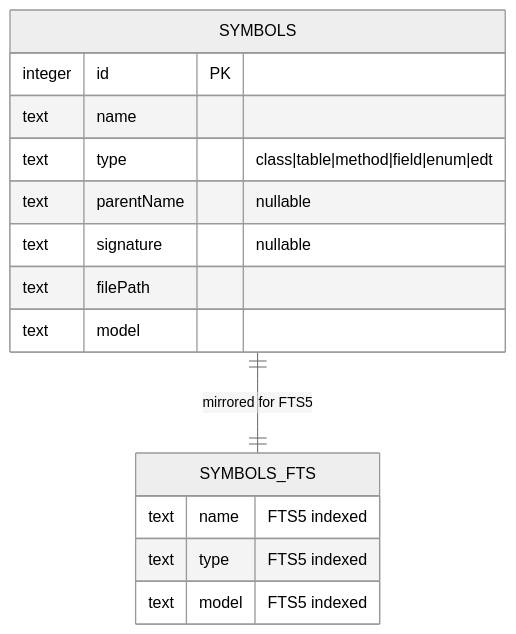
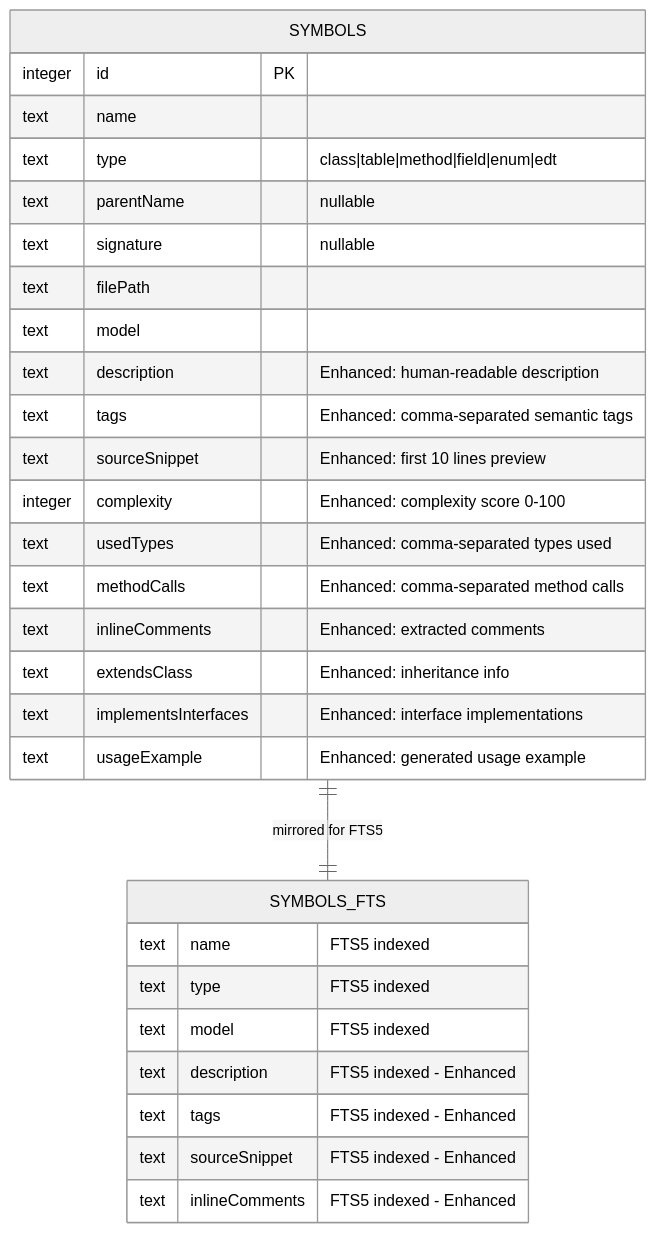
One commit to dynamics365ninja/d365fo-mcp-server changed the eighth of 16 diagrams in docs/ARCHITECTURE.md. Above: the diagram before and after it, drawn with Mermaid (neutral theme). The commit also changed other lines of this file and 4 other files, not shown here.

First line of the commit message:
feat: Enhanced indexing with semantic metadata for better GitHub Copilot integration

````diff
--- a/docs/ARCHITECTURE.md
+++ b/docs/ARCHITECTURE.md
@@ -301,20 +301,34 @@
 ```mermaid
 erDiagram
     SYMBOLS {
         integer id PK
         text name
         text type "class|table|method|field|enum|edt"
         text parentName "nullable"
         text signature "nullable"
         text filePath
         text model
+        text description "Enhanced: human-readable description"
+        text tags "Enhanced: comma-separated semantic tags"
+        text sourceSnippet "Enhanced: first 10 lines preview"
+        integer complexity "Enhanced: complexity score 0-100"
+        text usedTypes "Enhanced: comma-separated types used"
+        text methodCalls "Enhanced: comma-separated method calls"
+        text inlineComments "Enhanced: extracted comments"
+        text extendsClass "Enhanced: inheritance info"
+        text implementsInterfaces "Enhanced: interface implementations"
+        text usageExample "Enhanced: generated usage example"
     }
     
     SYMBOLS_FTS {
         text name "FTS5 indexed"
         text type "FTS5 indexed"
         text model "FTS5 indexed"
+        text description "FTS5 indexed - Enhanced"
+        text tags "FTS5 indexed - Enhanced"
+        text sourceSnippet "FTS5 indexed - Enhanced"
+        text inlineComments "FTS5 indexed - Enhanced"
     }
     
     SYMBOLS ||--|| SYMBOLS_FTS : "mirrored for FTS5"
 ```
````
